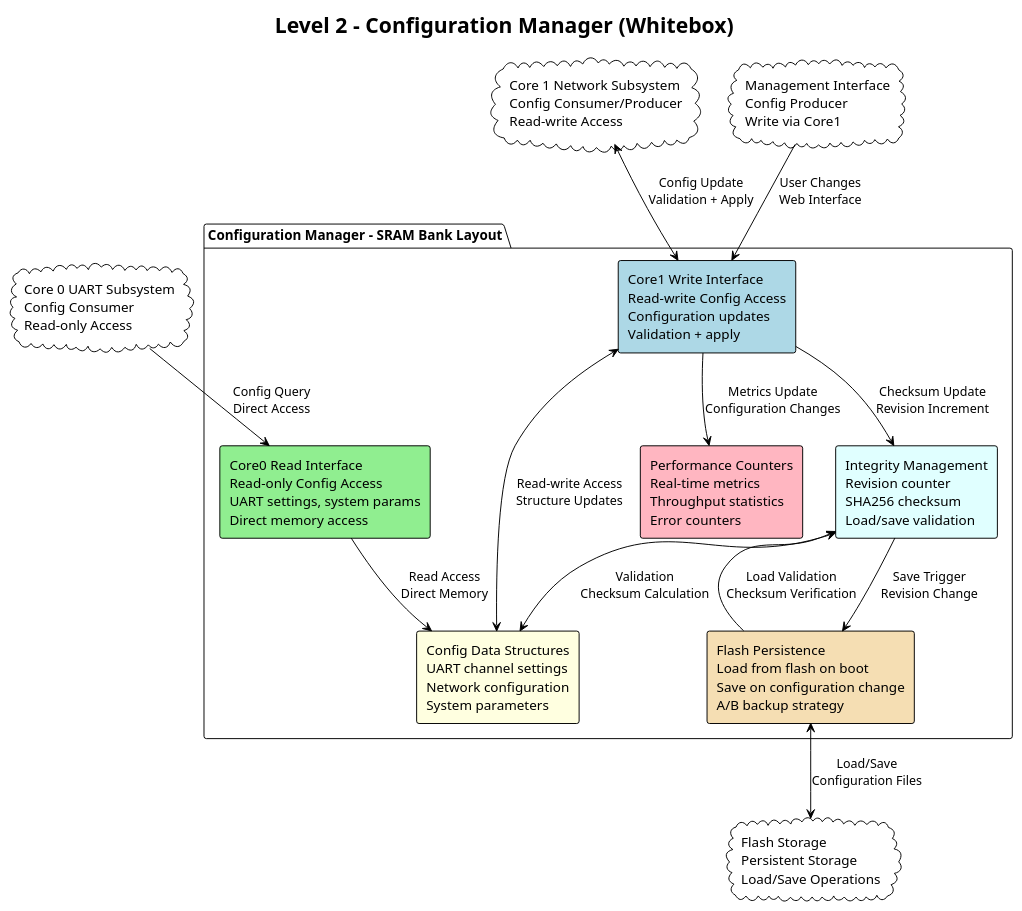
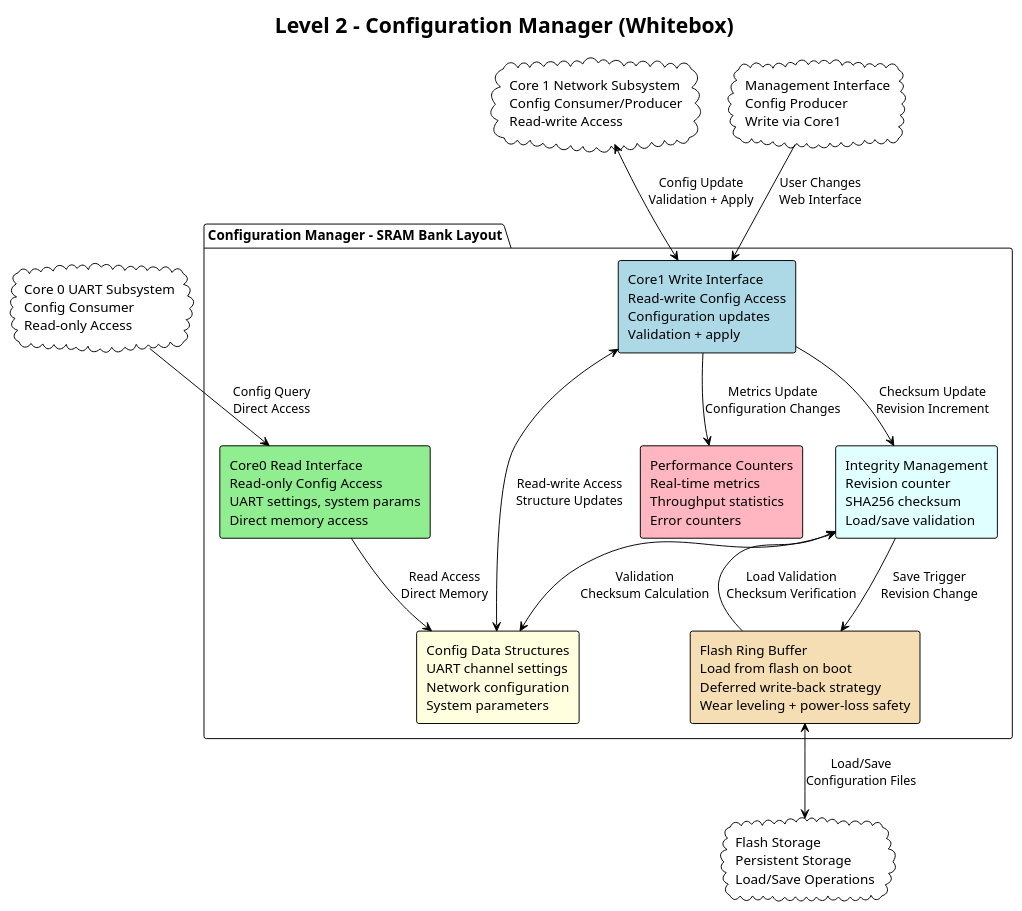
Before and after one commit to haxorsebb/UART2ETH: the sixth of 12 diagrams in src/docs/arc42/chapters/05_building_block_view.adoc, drawn with PlantUML. The commit also changed other lines of this file and 13 other files, not shown here.

First line of the commit message:
Document flash persistence strategy with ring buffer approach

```diff
--- a/src/docs/arc42/chapters/05_building_block_view.adoc
+++ b/src/docs/arc42/chapters/05_building_block_view.adoc
@@ -600,45 +600,45 @@
 [plantuml, level2-config-manager, svg]
 ----
 @startuml
 !theme plain
 skinparam backgroundColor transparent
 skinparam componentStyle rectangle
 
 title Level 2 - Configuration Manager (Whitebox)
 
 cloud "Core 0 UART Subsystem\nConfig Consumer\nRead-only Access" as C0
 cloud "Core 1 Network Subsystem\nConfig Consumer/Producer\nRead-write Access" as C1
 cloud "Management Interface\nConfig Producer\nWrite via Core1" as MI
 cloud "Flash Storage\nPersistent Storage\nLoad/Save Operations" as FLASH
 
 package "Configuration Manager - SRAM Bank Layout" {
     component "Core0 Read Interface\nRead-only Config Access\nUART settings, system params\nDirect memory access" as READ_IF #lightgreen
     
     component "Core1 Write Interface\nRead-write Config Access\nConfiguration updates\nValidation + apply" as WRITE_IF #lightblue
     
     component "Config Data Structures\nUART channel settings\nNetwork configuration\nSystem parameters" as CONFIG_DATA #lightyellow
     
     component "Performance Counters\nReal-time metrics\nThroughput statistics\nError counters" as PERF_COUNTERS #lightpink
     
     component "Integrity Management\nRevision counter\nSHA256 checksum\nLoad/save validation" as INTEGRITY #lightcyan
     
-    component "Flash Persistence\nLoad from flash on boot\nSave on configuration change\nA/B backup strategy" as PERSISTENCE #wheat
+    component "Flash Ring Buffer\nLoad from flash on boot\nDeferred write-back strategy\nWear leveling + power-loss safety" as PERSISTENCE #wheat
 }
 
 ' External connections
 C0 --> READ_IF : Config Query\nDirect Access
 C1 <--> WRITE_IF : Config Update\nValidation + Apply
 MI --> WRITE_IF : User Changes\nWeb Interface
 PERSISTENCE <--> FLASH : Load/Save\nConfiguration Files
 
 ' Internal connections
 READ_IF --> CONFIG_DATA : Read Access\nDirect Memory
 WRITE_IF <--> CONFIG_DATA : Read-write Access\nStructure Updates
 WRITE_IF --> PERF_COUNTERS : Metrics Update\nConfiguration Changes
 WRITE_IF --> INTEGRITY : Checksum Update\nRevision Increment
 INTEGRITY <--> CONFIG_DATA : Validation\nChecksum Calculation
 PERSISTENCE --> INTEGRITY : Load Validation\nChecksum Verification
 INTEGRITY --> PERSISTENCE : Save Trigger\nRevision Change
 
 @enduml
 ----
```
